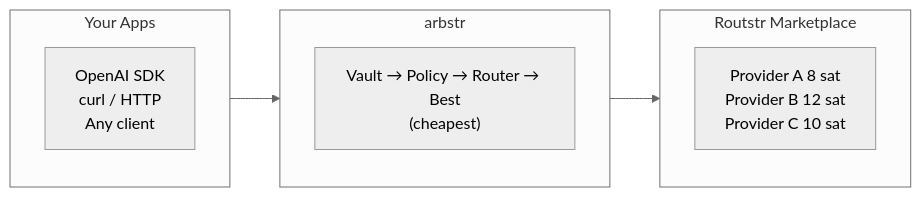
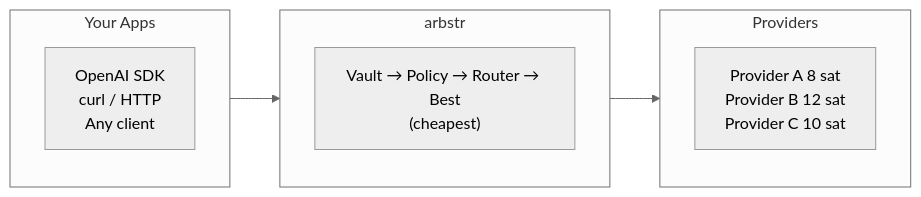
Before and after one commit to johnzilla/arbstr: the diagram in README.md, drawn with Mermaid (neutral theme). The commit also changed other lines of this file and 7 other files, not shown here.

````diff
--- a/README.md
+++ b/README.md
@@ -9,19 +9,19 @@
 ```mermaid
 flowchart LR
     subgraph Apps["Your Apps"]
         direction TB
         A1["OpenAI SDK<br>curl / HTTP<br>Any client"]
     end
 
     subgraph Arbstr["arbstr"]
         direction TB
         B1["Vault → Policy → Router → Best<br>(cheapest)"]
     end
 
-    subgraph Routstr["Routstr Marketplace"]
+    subgraph Providers["Providers"]
         direction TB
         C1["Provider A  8 sat<br>Provider B 12 sat<br>Provider C 10 sat"]
     end
 
-    Apps --> Arbstr --> Routstr
+    Apps --> Arbstr --> Providers
 ```
````
